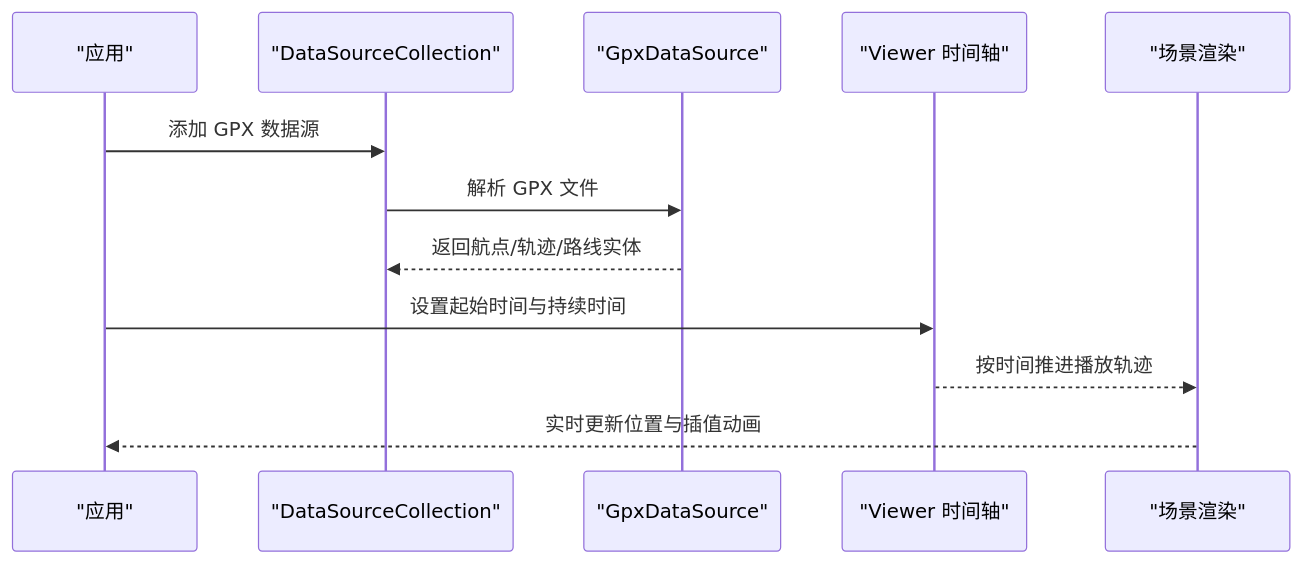
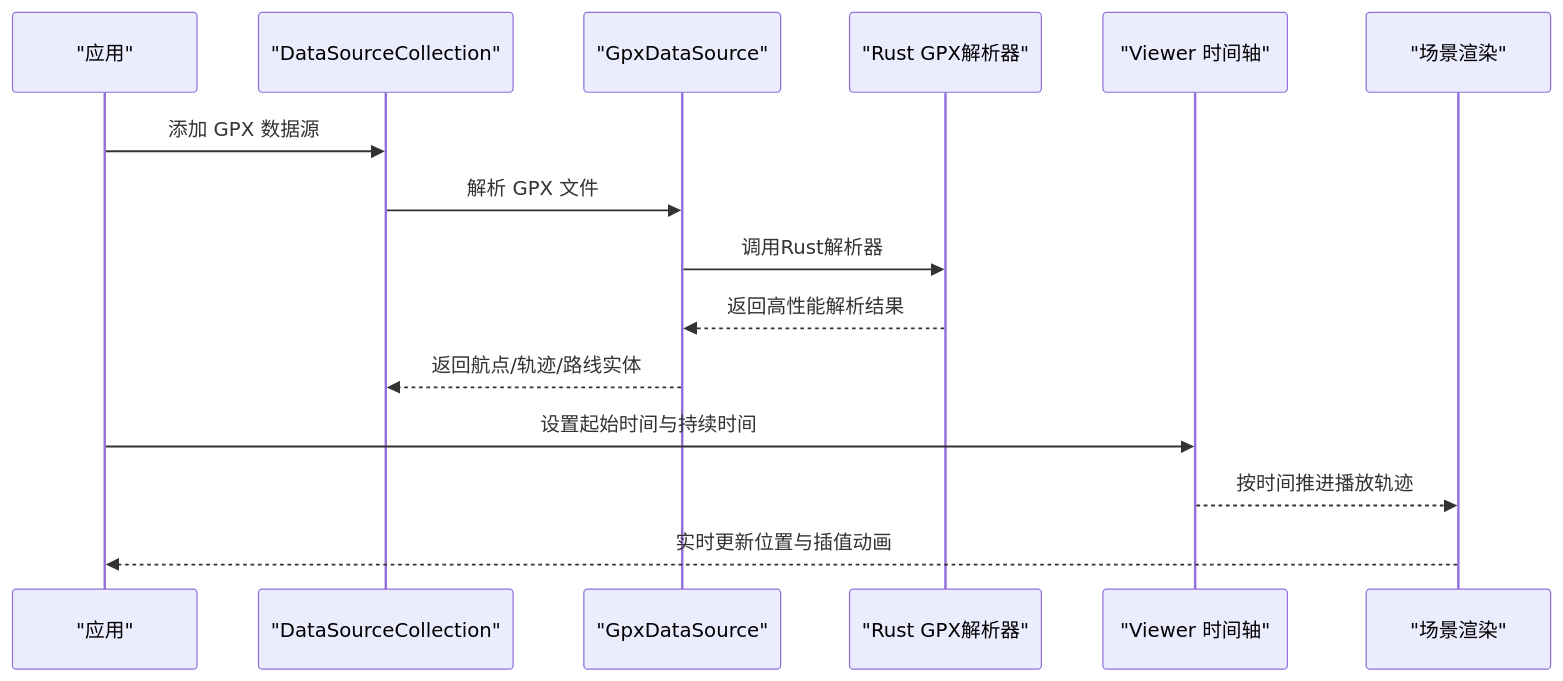
The fourth of 8 diagrams in .qoder/repowiki/zh/content/示例教程/数据加载示例/KML和GPX数据加载.md (rzhangjing/cesium), drawn with Mermaid before and after one commit. The commit also changed other lines of this file and 74 other files, not shown here.

````diff
--- a/.qoder/repowiki/zh/content/示例教程/数据加载示例/KML和GPX数据加载.md
+++ b/.qoder/repowiki/zh/content/示例教程/数据加载示例/KML和GPX数据加载.md
@@ -205,14 +246,17 @@
 ```mermaid
 sequenceDiagram
 participant App as "应用"
 participant DS as "DataSourceCollection"
 participant GPX as "GpxDataSource"
+participant RustGPX as "Rust GPX解析器"
 participant Time as "Viewer 时间轴"
 participant Scene as "场景渲染"
 App->>DS : 添加 GPX 数据源
 DS->>GPX : 解析 GPX 文件
+GPX->>RustGPX : 调用Rust解析器
+RustGPX-->>GPX : 返回高性能解析结果
 GPX-->>DS : 返回航点/轨迹/路线实体
 App->>Time : 设置起始时间与持续时间
 Time-->>Scene : 按时间推进播放轨迹
 Scene-->>App : 实时更新位置与插值动画
 ```
````
